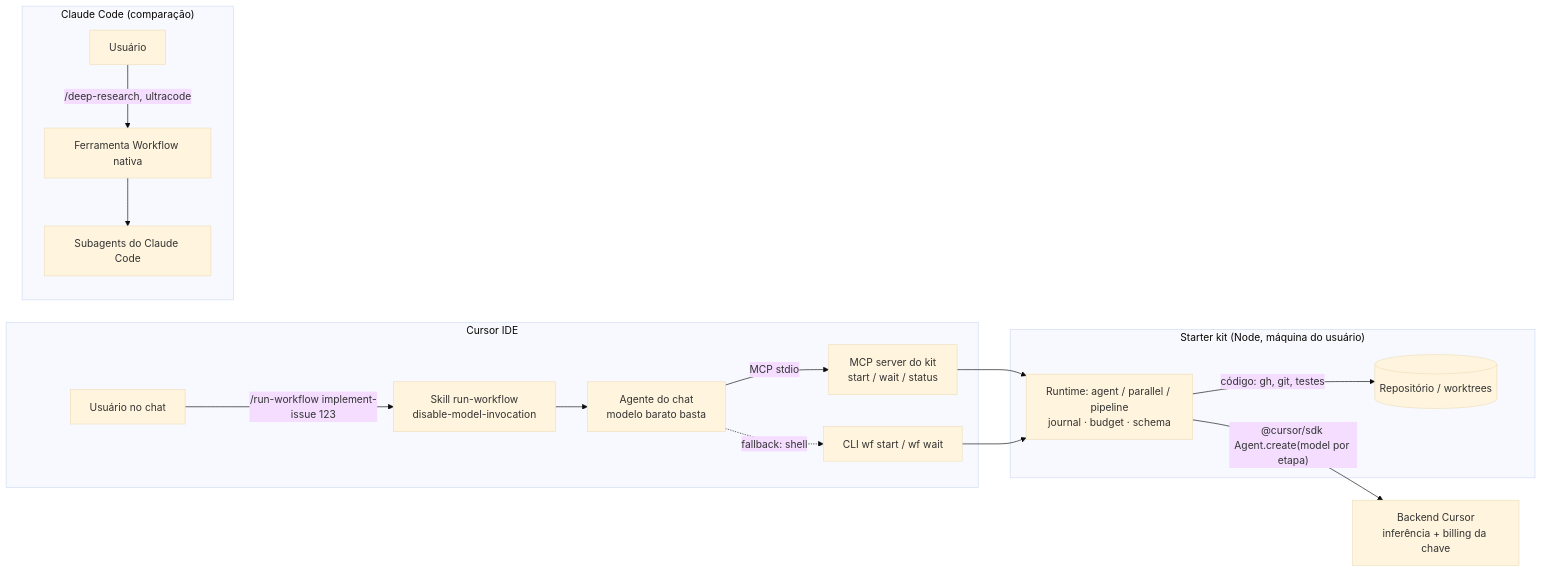
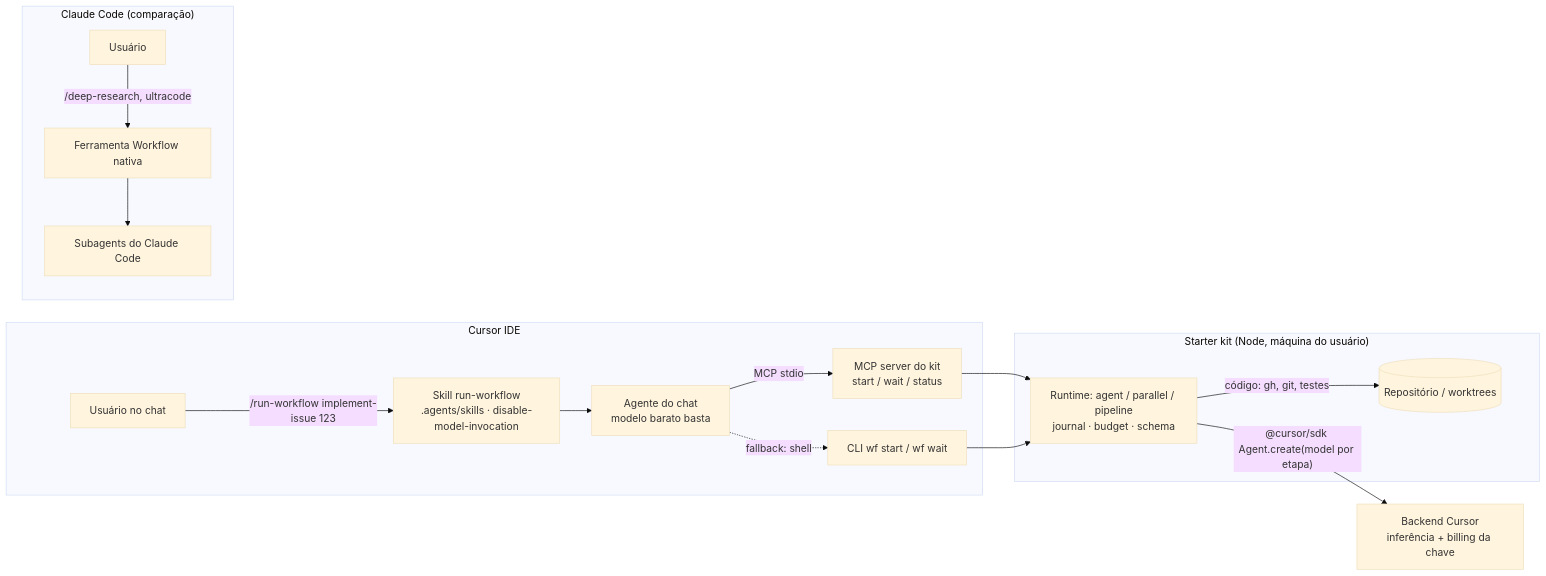
One commit to rodrigorjsf/ai-study-library changed the diagram in ai/study/cursor-agent-sdk-workflows/00-relatorio-pesquisa.md. Above: the diagram before and after it, drawn with Mermaid (base theme). The commit also changed other lines of this file and 30 other files, not shown here.

````diff
--- a/ai/study/cursor-agent-sdk-workflows/00-relatorio-pesquisa.md
+++ b/ai/study/cursor-agent-sdk-workflows/00-relatorio-pesquisa.md
@@ -195,19 +199,19 @@
 ```mermaid
 flowchart LR
   subgraph CUR["Cursor IDE"]
-    U1[Usuário no chat] -->|"/run-workflow implement-issue 123"| SK[Skill run-workflow<br/>disable-model-invocation]
+    U1[Usuário no chat] -->|"/run-workflow implement-issue 123"| SK[Skill run-workflow<br/>.agents/skills · disable-model-invocation]
     SK --> CA[Agente do chat<br/>modelo barato basta]
     CA -->|MCP stdio| MCP[MCP server do kit<br/>start / wait / status]
     CA -.->|"fallback: shell"| CLI[CLI wf start / wf wait]
   end
   subgraph KIT["Starter kit (Node, máquina do usuário)"]
     MCP --> RT[Runtime: agent / parallel / pipeline<br/>journal · budget · schema]
     CLI --> RT
     RT -->|"código: gh, git, testes"| REPO[(Repositório / worktrees)]
   end
   RT -->|"@cursor/sdk Agent.create(model por etapa)"| CB[Backend Cursor<br/>inferência + billing da chave]
   subgraph CC["Claude Code (comparação)"]
     U2[Usuário] -->|"/deep-research, ultracode"| WT[Ferramenta Workflow nativa]
     WT --> SA[Subagents do Claude Code]
   end
 ```
````
